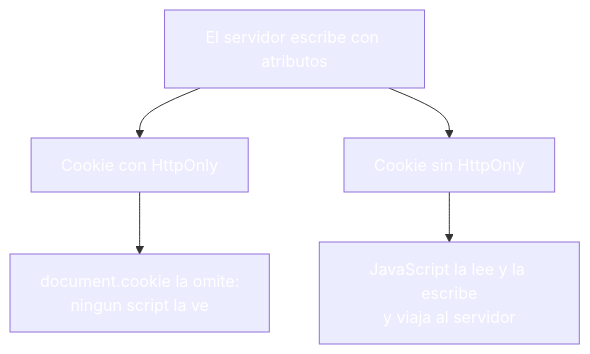
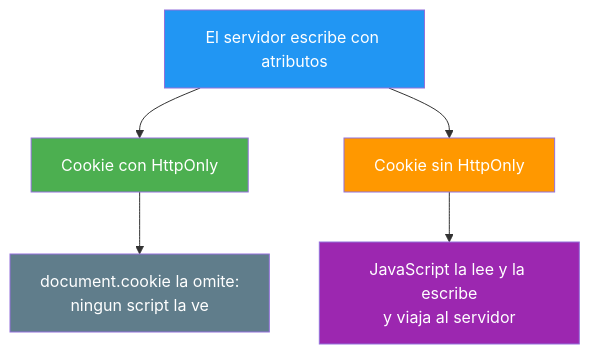
Before and after one commit to joseluisgs/DesarrolloWebEntornosServidor-03-2026-2027: the third of 7 diagrams in 18-cookies-sesiones-cliente.md, drawn with Mermaid. The commit also changed other lines of this file and 25 other files, not shown here.

Commit message:
docs: corregir los estilos Mermaid de los temas y alinear el dominio del tema 25 con ProductosApp

````diff
--- a/18-cookies-sesiones-cliente.md
+++ b/18-cookies-sesiones-cliente.md
@@ -241,12 +241,12 @@
 ```mermaid
 graph TD
     S["El servidor escribe con atributos"] --> H["Cookie con HttpOnly"]
     S --> N["Cookie sin HttpOnly"]
     H --> JH["document.cookie la omite:<br/>ningun script la ve"]
     N --> JN["JavaScript la lee y la escribe<br/>y viaja al servidor"]
-    style S fill:#2196F,color:#fff3,color:#fff
-    style H fill:#4CAF5,color:#fff0,color:#fff
-    style N fill:#FF980,color:#fff0,color:#fff
-    style JH fill:#607D8,color:#fffB,color:#fff
-    style JN fill:#9C27B,color:#fff0,color:#fff
+    style S fill:#2196F3,color:#fff
+    style H fill:#4CAF50,color:#fff
+    style N fill:#FF9800,color:#fff
+    style JH fill:#607D8B,color:#fff
+    style JN fill:#9C27B0,color:#fff
 ```
````
